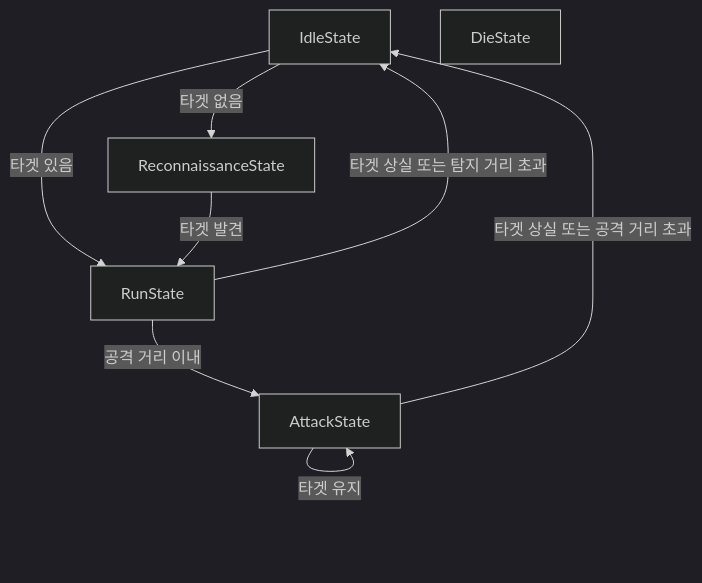
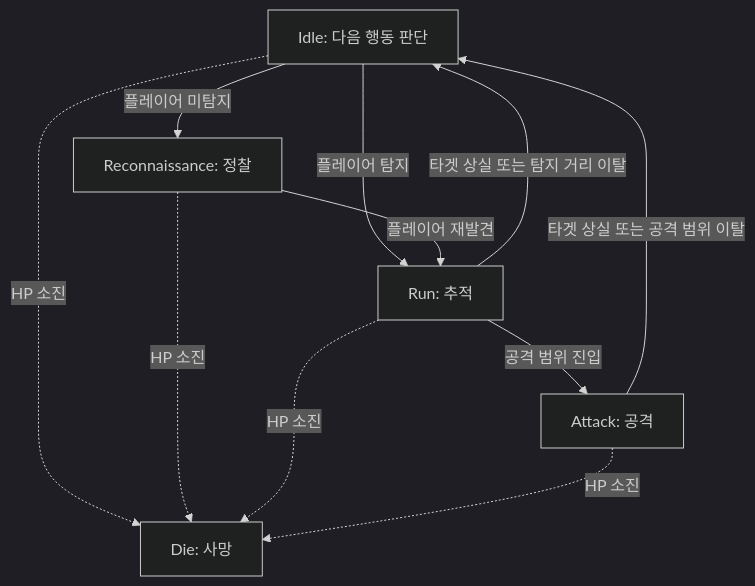
Before and after one commit to youngchan-kim/Developer_Portfolio: the diagram in Unity_fps_project/Project/Enemy_FSM_Development.md, drawn with Mermaid (dark theme). The commit also changed other lines of this file, not shown here.

````diff
--- a/Unity_fps_project/Project/Enemy_FSM_Development.md
+++ b/Unity_fps_project/Project/Enemy_FSM_Development.md
@@ -39,11 +29,13 @@
 ```mermaid
 flowchart TD
-    I[IdleState] -->|타겟 있음| R[RunState]
-    I -->|타겟 없음| S[ReconnaissanceState]
-    S -->|타겟 발견| R
-    R -->|타겟 상실 또는 탐지 거리 초과| I
-    R -->|공격 거리 이내| A[AttackState]
-    A -->|타겟 상실 또는 공격 거리 초과| I
-    A -->|타겟 유지| A
-    D[DieState]
+    I[Idle: 다음 행동 판단] -->|플레이어 탐지| R[Run: 추적]
+    I -->|플레이어 미탐지| S[Reconnaissance: 정찰]
+    S -->|플레이어 재발견| R
+    R -->|공격 범위 진입| A[Attack: 공격]
+    R -->|타겟 상실 또는 탐지 거리 이탈| I
+    A -->|타겟 상실 또는 공격 범위 이탈| I
+    I -.->|HP 소진| D[Die: 사망]
+    S -.->|HP 소진| D
+    R -.->|HP 소진| D
+    A -.->|HP 소진| D
 ```
````
